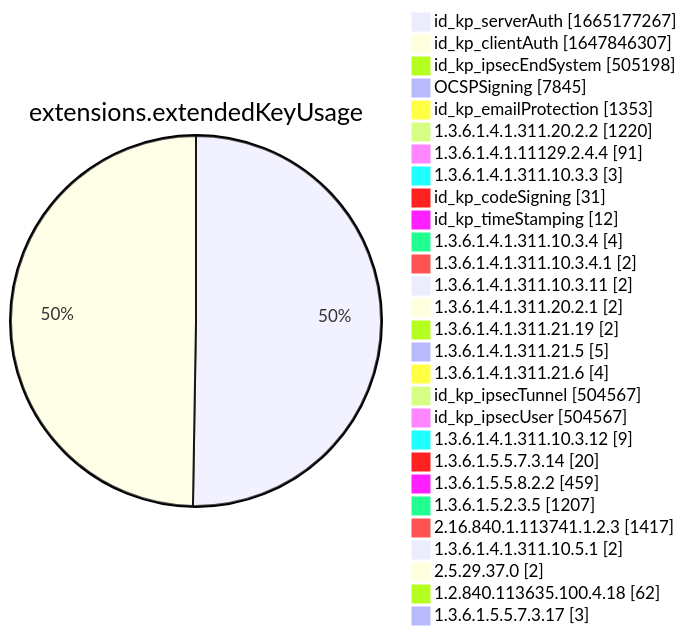
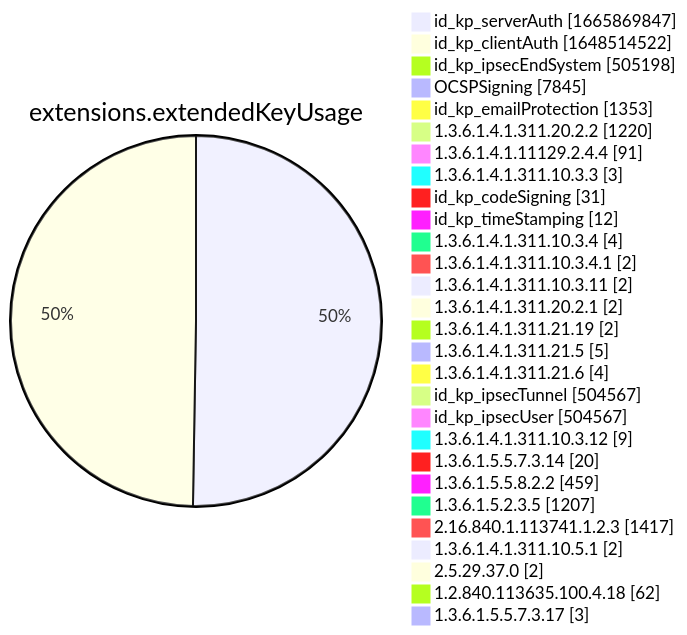
One commit to christiankrug/ctmonitor_visualization changed diagram 12 of 15 in xenon2022/README.md. Above: the diagram before and after it, drawn with Mermaid. The commit also changed other lines of this file, not shown here.

````diff
--- a/xenon2022/README.md
+++ b/xenon2022/README.md
@@ -3887,32 +3887,32 @@
 ```mermaid
 pie showData
 title extensions.extendedKeyUsage
-"id_kp_serverAuth" :1665177267
-"id_kp_clientAuth" :1647846307
+"id_kp_serverAuth" :1665869847
+"id_kp_clientAuth" :1648514522
 "id_kp_ipsecEndSystem" :505198
 "OCSPSigning" :7845
 "id_kp_emailProtection" :1353
 "1.3.6.1.4.1.311.20.2.2" :1220
 "1.3.6.1.4.1.11129.2.4.4" :91
 "1.3.6.1.4.1.311.10.3.3" :3
 "id_kp_codeSigning" :31
 "id_kp_timeStamping" :12
 "1.3.6.1.4.1.311.10.3.4" :4
 "1.3.6.1.4.1.311.10.3.4.1" :2
 "1.3.6.1.4.1.311.10.3.11" :2
 "1.3.6.1.4.1.311.20.2.1" :2
 "1.3.6.1.4.1.311.21.19" :2
 "1.3.6.1.4.1.311.21.5" :5
 "1.3.6.1.4.1.311.21.6" :4
 "id_kp_ipsecTunnel" :504567
 "id_kp_ipsecUser" :504567
 "1.3.6.1.4.1.311.10.3.12" :9
 "1.3.6.1.5.5.7.3.14" :20
 "1.3.6.1.5.5.8.2.2" :459
 "1.3.6.1.5.2.3.5" :1207
 "2.16.840.1.113741.1.2.3" :1417
 "1.3.6.1.4.1.311.10.5.1" :2
 "2.5.29.37.0" :2
 "1.2.840.113635.100.4.18" :62
 "1.3.6.1.5.5.7.3.17" :3
 ```
````
